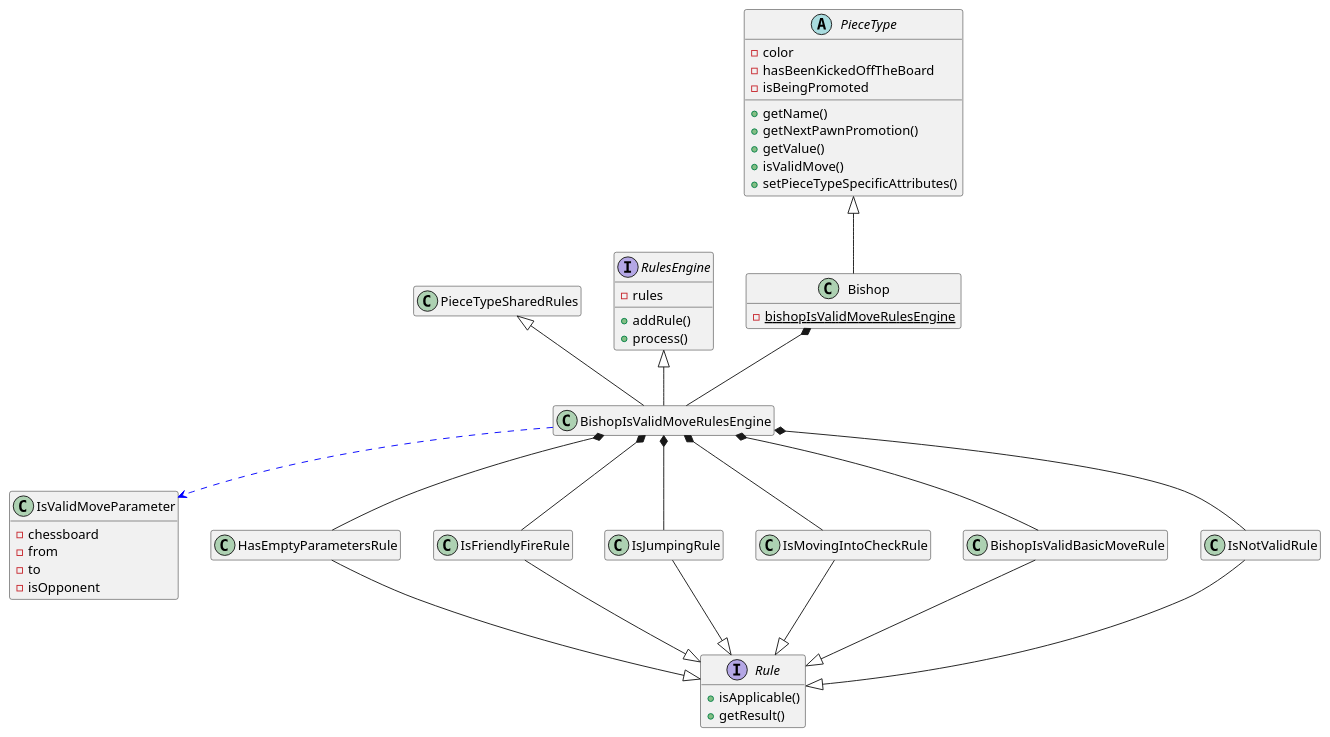
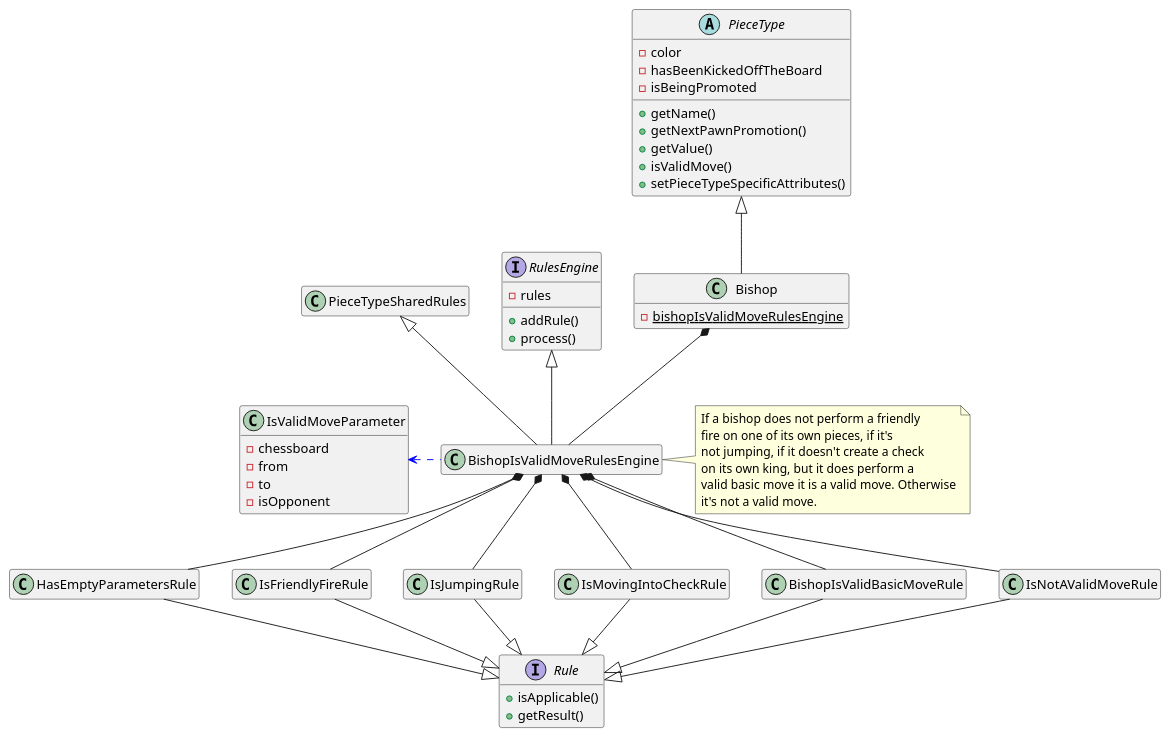
One commit to tiktaalick/chess-with-database changed the diagram in game/src/main/resources/uml/bishop.puml. Above: the diagram before and after it, drawn with PlantUML. The commit also changed 22 other files, not shown here.

Commit message:
* Added notes to the class diagrams.

```diff
--- a/game/src/main/resources/uml/bishop.puml
+++ b/game/src/main/resources/uml/bishop.puml
@@ -1,65 +1,77 @@
 @startuml
 
 '--------------'
 'Hidden members'
 '--------------'
 hide empty members
 
 '----'
 'Move'
 '----'
 abstract class PieceType {
     - color
     - hasBeenKickedOffTheBoard
     - isBeingPromoted
     + getName()
     + getNextPawnPromotion()
     + getValue()
     + isValidMove()
     + setPieceTypeSpecificAttributes()
 }
 
 class Bishop {
     - {static} bishopIsValidMoveRulesEngine
 }
 
 class IsValidMoveParameter {
     - chessboard
     - from
     - to
     - isOpponent
 }
 
 interface RulesEngine {
     - rules
     + addRule()
     + process()
 }
 
 interface Rule {
     + isApplicable()
     + getResult()
 }
 
 '---------'
 'Relations'
 '---------'
 PieceType <|-down- Bishop
 Bishop *-- BishopIsValidMoveRulesEngine
 BishopIsValidMoveRulesEngine -up-|> RulesEngine
 BishopIsValidMoveRulesEngine -up-|> PieceTypeSharedRules
-BishopIsValidMoveRulesEngine .down[#blue].> IsValidMoveParameter
+BishopIsValidMoveRulesEngine .left[#blue].> IsValidMoveParameter
 HasEmptyParametersRule -up-* BishopIsValidMoveRulesEngine
 IsFriendlyFireRule -up-* BishopIsValidMoveRulesEngine
 IsJumpingRule -up-* BishopIsValidMoveRulesEngine
 IsMovingIntoCheckRule -up-* BishopIsValidMoveRulesEngine
 BishopIsValidBasicMoveRule -up-* BishopIsValidMoveRulesEngine
-IsNotValidRule -up-* BishopIsValidMoveRulesEngine
+IsNotAValidMoveRule -up-* BishopIsValidMoveRulesEngine
 HasEmptyParametersRule --|> Rule
 IsFriendlyFireRule --|> Rule
 IsJumpingRule --|> Rule
 IsMovingIntoCheckRule --|> Rule
 BishopIsValidBasicMoveRule --|> Rule
-IsNotValidRule --|> Rule
+IsNotAValidMoveRule --|> Rule
+
+'-----'
+'Notes'
+'-----'
+note right of BishopIsValidMoveRulesEngine {
+    If a bishop does not perform a friendly
+    fire on one of its own pieces, if it's
+    not jumping, if it doesn't create a check
+    on its own king, but it does perform a
+    valid basic move it is a valid move. Otherwise
+    it's not a valid move.
+}
 
 @enduml
```
